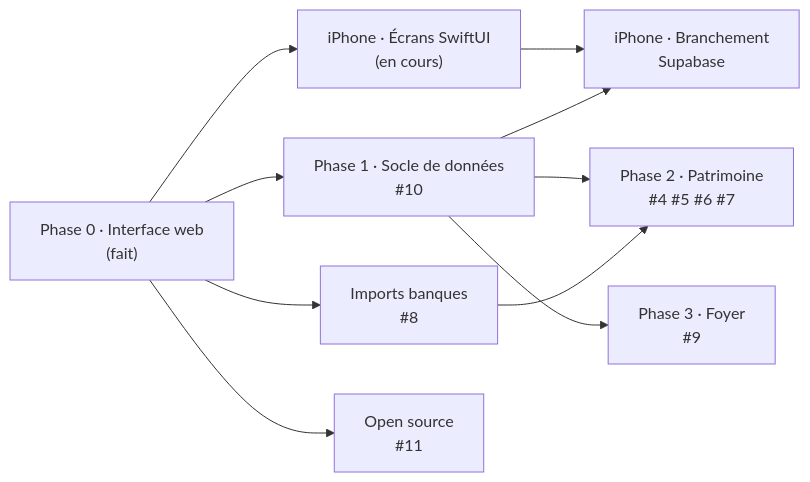
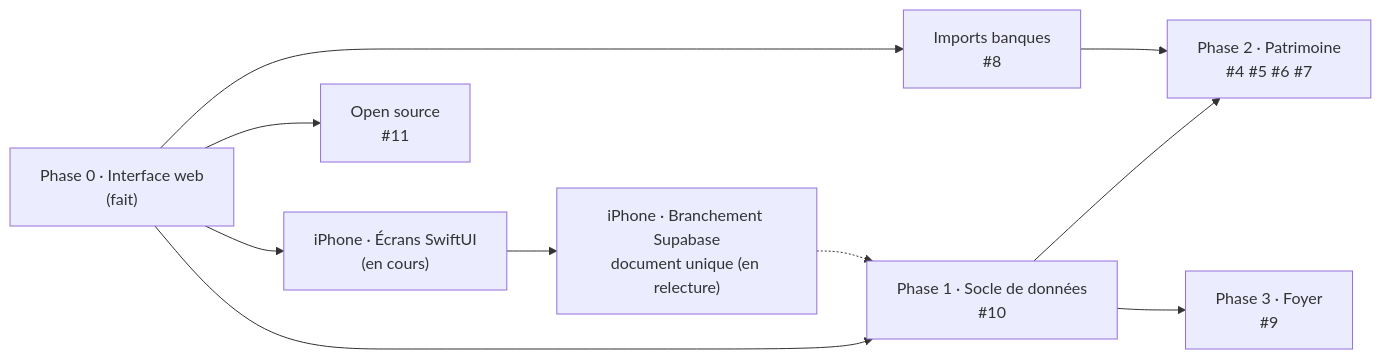
One commit to victorsauter/finance changed the diagram in docs/ROADMAP.md. Above: the diagram before and after it, drawn with Mermaid. The commit also changed other lines of this file and 22 other files, not shown here.

````diff
--- a/docs/ROADMAP.md
+++ b/docs/ROADMAP.md
@@ -28,12 +35,12 @@
 ```mermaid
 flowchart LR
   P0["Phase 0 · Interface web<br/>(fait)"] --> P1["Phase 1 · Socle de données<br/>#10"]
   P0 --> N["iPhone · Écrans SwiftUI<br/>(en cours)"]
-  N --> C["iPhone · Branchement<br/>Supabase"]
-  P1 --> C
+  N --> C["iPhone · Branchement Supabase<br/>document unique (en relecture)"]
+  C -.-> P1
   P1 --> P2["Phase 2 · Patrimoine<br/>#4 #5 #6 #7"]
   P1 --> P3["Phase 3 · Foyer<br/>#9"]
   P0 --> I["Imports banques<br/>#8"]
   I --> P2
   P0 --> O["Open source<br/>#11"]
 ```
````
